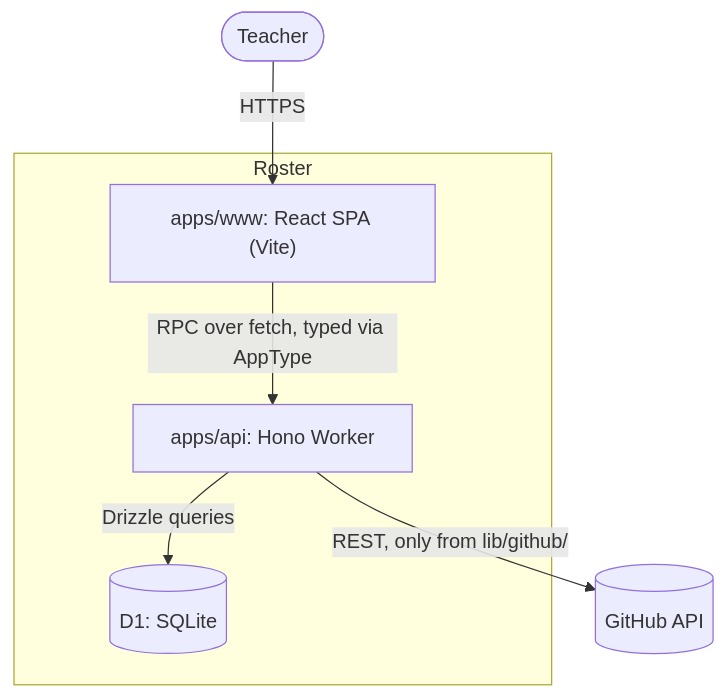
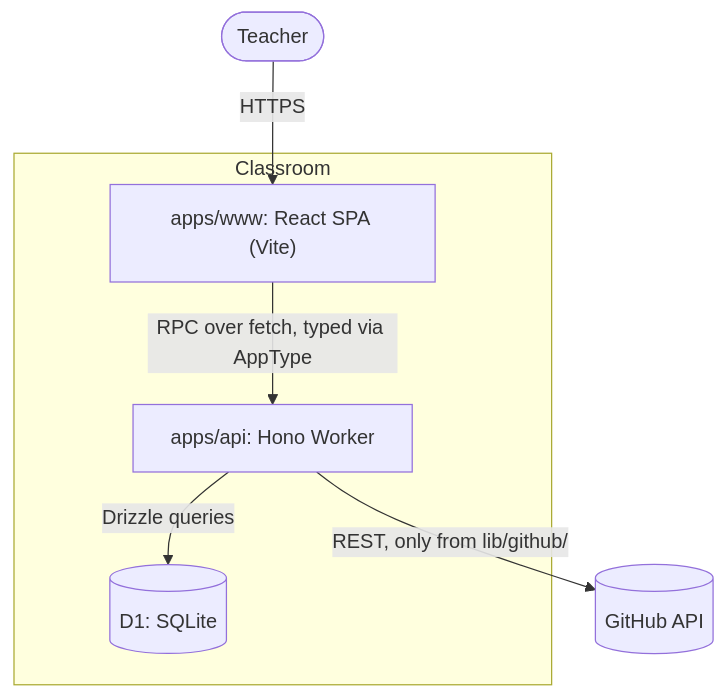
The second of 12 diagrams in skills/architecture/write-diagrams/diagrams.md (Ovich/charrette), drawn with Mermaid before and after one commit. The commit also changed other lines of this file and 58 other files, not shown here.

````diff
--- a/skills/architecture/write-diagrams/diagrams.md
+++ b/skills/architecture/write-diagrams/diagrams.md
@@ -60,15 +60,15 @@
 ```mermaid
 flowchart TB
     teacher([Teacher])
-    subgraph roster["Roster"]
+    subgraph classroom["Classroom"]
         spa["apps/www: React SPA (Vite)"]
         api["apps/api: Hono Worker"]
         d1[("D1: SQLite")]
     end
     gh[("GitHub API")]
 
     teacher -->|HTTPS| spa
     spa -->|"RPC over fetch, typed via AppType"| api
     api -->|"Drizzle queries"| d1
     api -->|"REST, only from lib/github/"| gh
 ```
````
